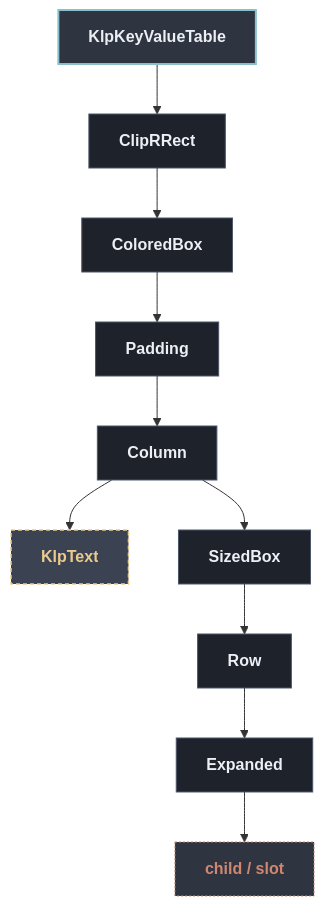
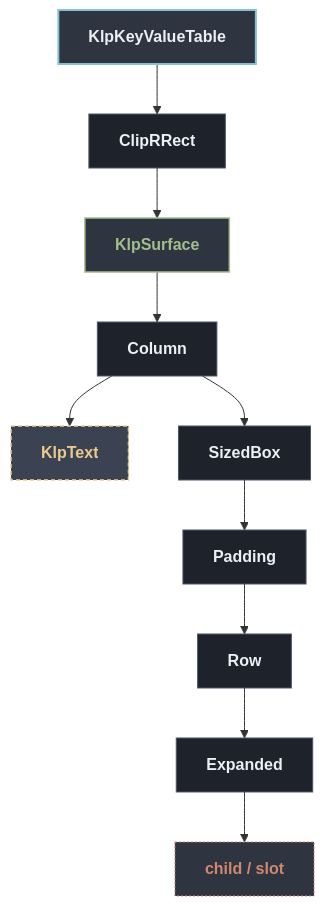
Before and after one commit to MiuDog/Kallopis: the diagram in docs/architecture/components/data/klp_key_value_table.md, drawn with Mermaid. The commit also changed other lines of this file and 123 other files, not shown here.

First line of the commit message:
docs(architecture): regenerate per-component trees, unbreak the generator

````diff
--- a/docs/architecture/components/data/klp_key_value_table.md
+++ b/docs/architecture/components/data/klp_key_value_table.md
@@ -13,28 +13,28 @@
 ```mermaid
 flowchart TD
   classDef default fill:#1E222B,stroke:#4C566A,stroke-width:1px,color:#ECEFF4;
   classDef root fill:#2E3440,stroke:#88C0D0,stroke-width:2px,color:#ECEFF4,font-weight:bold;
   classDef reference fill:#3B4252,stroke:#EBCB8B,stroke-width:1.5px,stroke-dasharray: 4 3,color:#EBCB8B;
   classDef container fill:#2E3440,stroke:#A3BE8C,stroke-width:1.5px,color:#A3BE8C;
   classDef slot fill:#2E3440,stroke:#D08770,stroke-width:1px,stroke-dasharray: 2 2,color:#D08770;
 
   root["KlpKeyValueTable"]:::root
   n1["ClipRRect"]
   root --> n1
-  n2["ColoredBox"]
+  n2["KlpSurface"]:::container
   n1 --> n2
-  n3["Padding"]
+  n3["Column"]
   n2 --> n3
-  n4["Column"]
+  n4["KlpText"]:::reference
   n3 --> n4
-  n5["KlpText"]:::reference
-  n4 --> n5
-  n6["SizedBox"]
-  n4 --> n6
+  n5["SizedBox"]
+  n3 --> n5
+  n6["Padding"]
+  n5 --> n6
   n7["Row"]
   n6 --> n7
   n8["Expanded"]
   n7 --> n8
   n9["child / slot"]:::slot
   n8 --> n9
 ```
````
